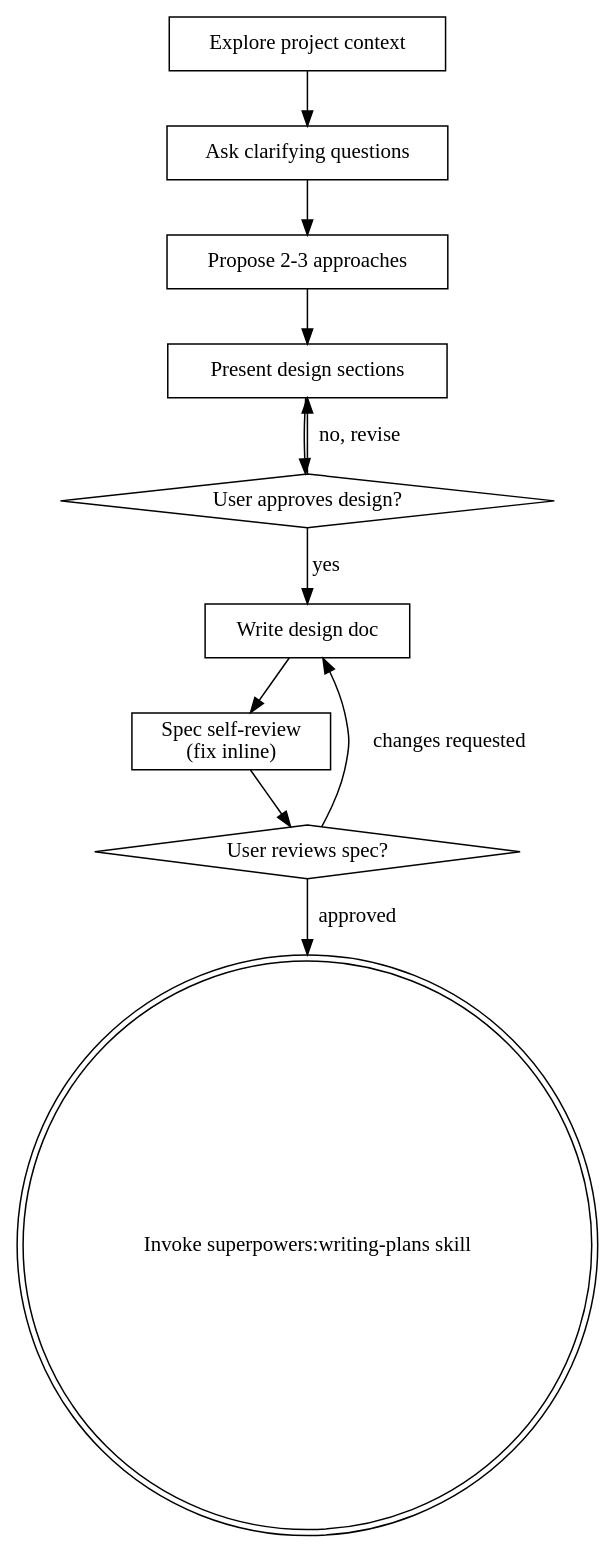
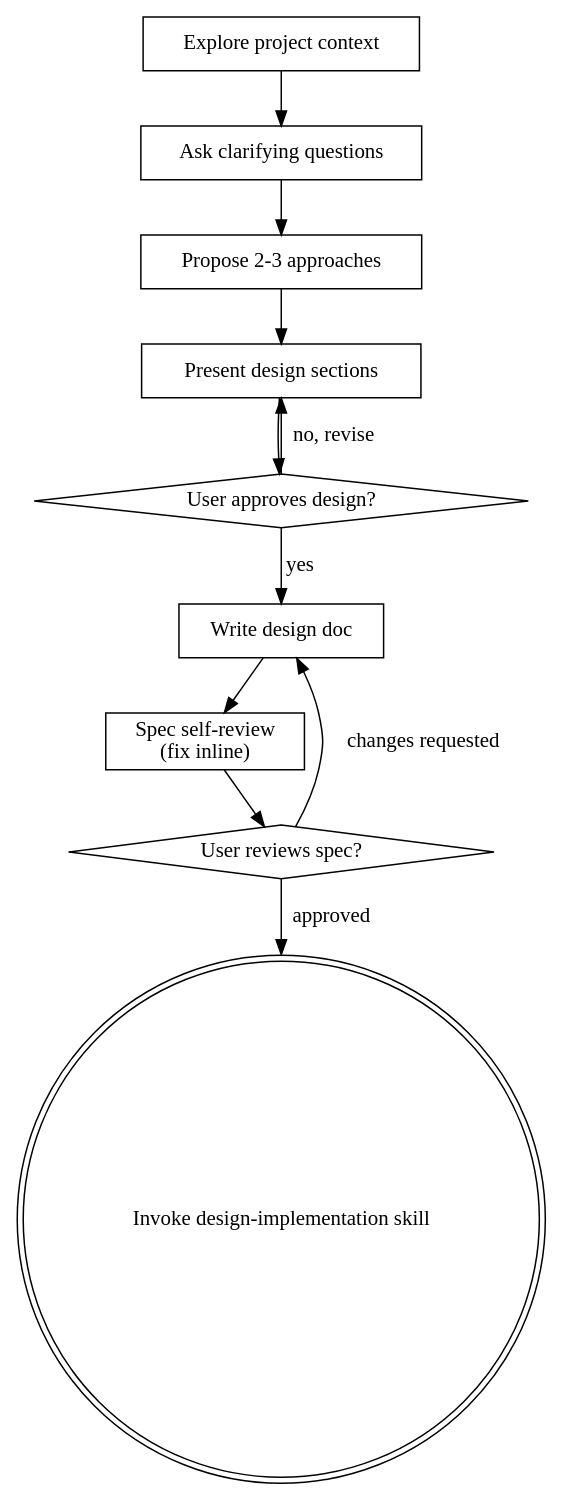
The diagram in design-brainstorming/SKILL.md (tycooon/skills), drawn with Graphviz before and after one commit. The commit also changed other lines of this file and 2 other files, not shown here.

````diff
--- a/design-brainstorming/SKILL.md
+++ b/design-brainstorming/SKILL.md
@@ -36,24 +36,24 @@
 ```dot
 digraph brainstorming {
     "Explore project context" [shape=box];
     "Ask clarifying questions" [shape=box];
     "Propose 2-3 approaches" [shape=box];
     "Present design sections" [shape=box];
     "User approves design?" [shape=diamond];
     "Write design doc" [shape=box];
     "Spec self-review\n(fix inline)" [shape=box];
     "User reviews spec?" [shape=diamond];
-    "Invoke superpowers:writing-plans skill" [shape=doublecircle];
+    "Invoke design-implementation skill" [shape=doublecircle];
 
     "Explore project context" -> "Ask clarifying questions";
     "Ask clarifying questions" -> "Propose 2-3 approaches";
     "Propose 2-3 approaches" -> "Present design sections";
     "Present design sections" -> "User approves design?";
     "User approves design?" -> "Present design sections" [label="no, revise"];
     "User approves design?" -> "Write design doc" [label="yes"];
     "Write design doc" -> "Spec self-review\n(fix inline)";
     "Spec self-review\n(fix inline)" -> "User reviews spec?";
     "User reviews spec?" -> "Write design doc" [label="changes requested"];
-    "User reviews spec?" -> "Invoke superpowers:writing-plans skill" [label="approved"];
+    "User reviews spec?" -> "Invoke design-implementation skill" [label="approved"];
 }
 ```
````
